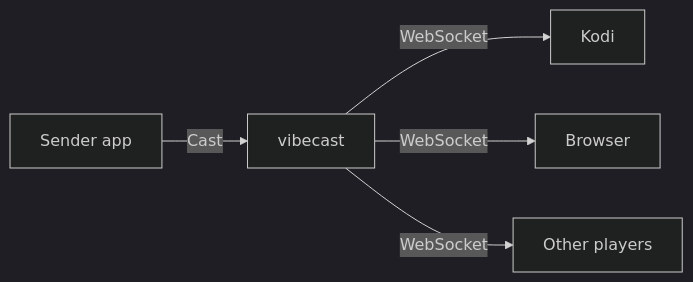
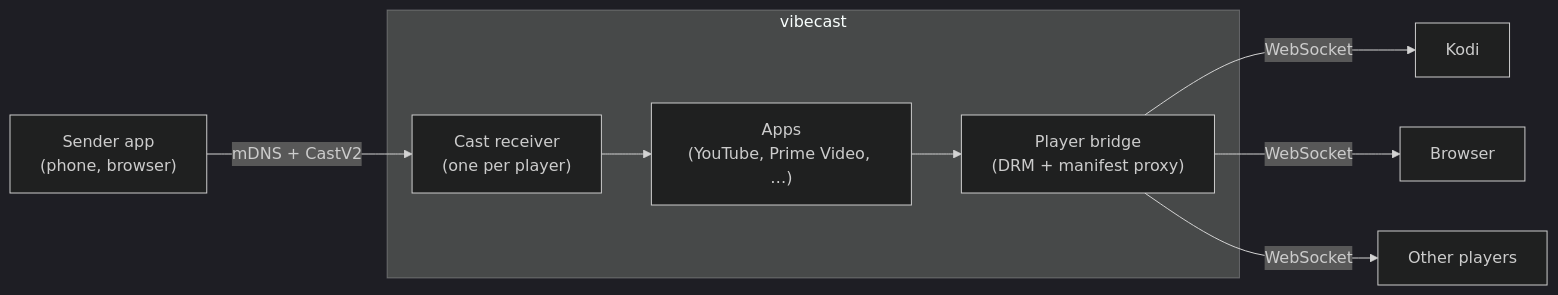
The diagram in README.md (emilsvennesson/vibecast), drawn with Mermaid (dark theme) before and after one commit. The commit also changed other lines of this file, not shown here.

Commit message:
docs: restore detailed architecture diagram

````diff
--- a/README.md
+++ b/README.md
@@ -17,7 +16,16 @@
 ```mermaid
 flowchart LR
-    sender[Sender app] -- Cast --> vibecast
-    vibecast -- WebSocket --> kodi[Kodi]
-    vibecast -- WebSocket --> browser[Browser]
-    vibecast -- WebSocket --> other[Other players]
+    sender["Sender app<br/>(phone, browser)"]
+
+    subgraph vibecast
+        receiver["Cast receiver<br/>(one per player)"]
+        apps["Apps<br/>(YouTube, Prime Video, …)"]
+        bridge["Player bridge<br/>(DRM + manifest proxy)"]
+        receiver --> apps --> bridge
+    end
+
+    sender -- "mDNS + CastV2" --> receiver
+    bridge -- "WebSocket" --> kodi["Kodi"]
+    bridge -- "WebSocket" --> browser["Browser"]
+    bridge -- "WebSocket" --> other["Other players"]
 ```
````
